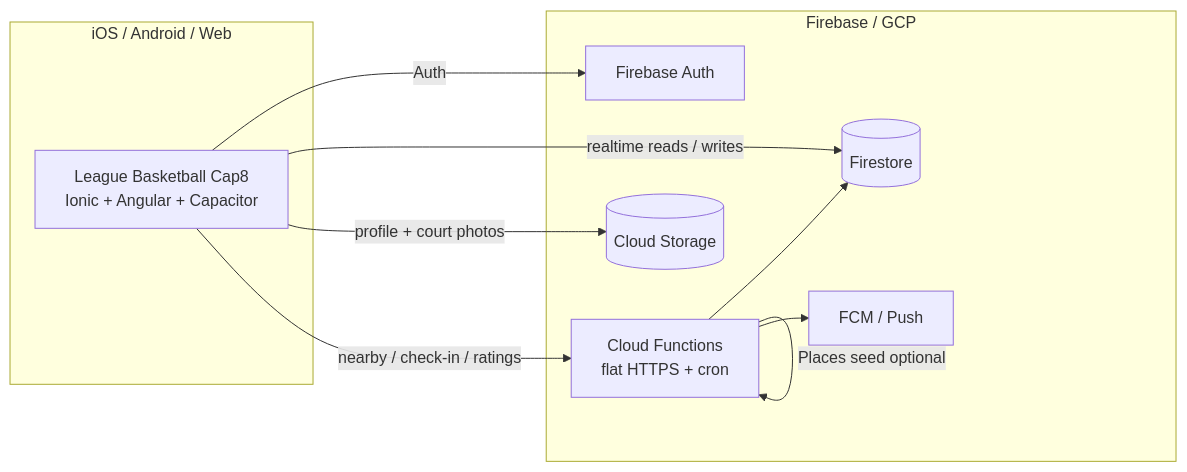
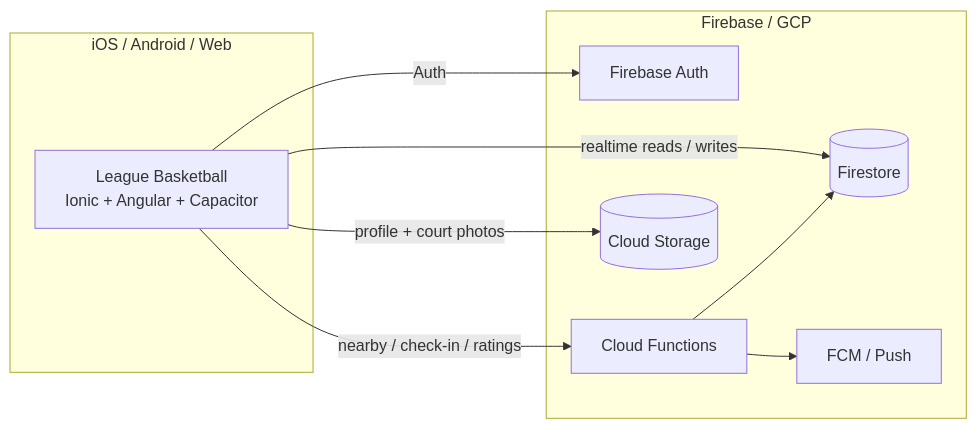
The diagram in README.md (TheGoat96/LeagueMobileApps_Showcase), drawn with Mermaid before and after one commit. The commit also changed other lines of this file and 77 other files, not shown here.

````diff
--- a/README.md
+++ b/README.md
@@ -26,22 +74,21 @@
 ```mermaid
 flowchart LR
   subgraph Mobile["iOS / Android / Web"]
-    APP["League Basketball Cap8\nIonic + Angular + Capacitor"]
+    APP["League Basketball\nIonic + Angular + Capacitor"]
   end
 
   subgraph Cloud["Firebase / GCP"]
     AUTH["Firebase Auth"]
-    CF["Cloud Functions\nflat HTTPS + cron"]
+    CF["Cloud Functions"]
     FS[(Firestore)]
     ST[(Cloud Storage)]
     FCM["FCM / Push"]
   end
 
   APP -->|Auth| AUTH
   APP -->|realtime reads / writes| FS
   APP -->|profile + court photos| ST
   APP -->|nearby / check-in / ratings| CF
   CF --> FS
   CF --> FCM
-  CF -->|Places seed optional| CF
 ```
````
